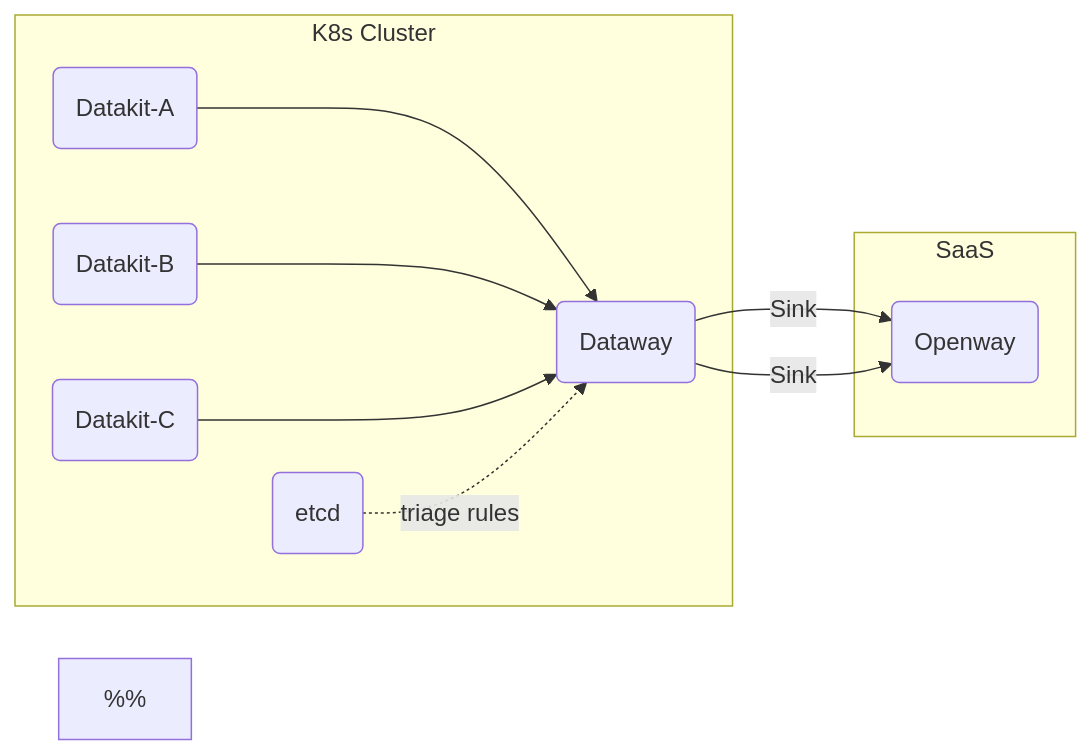
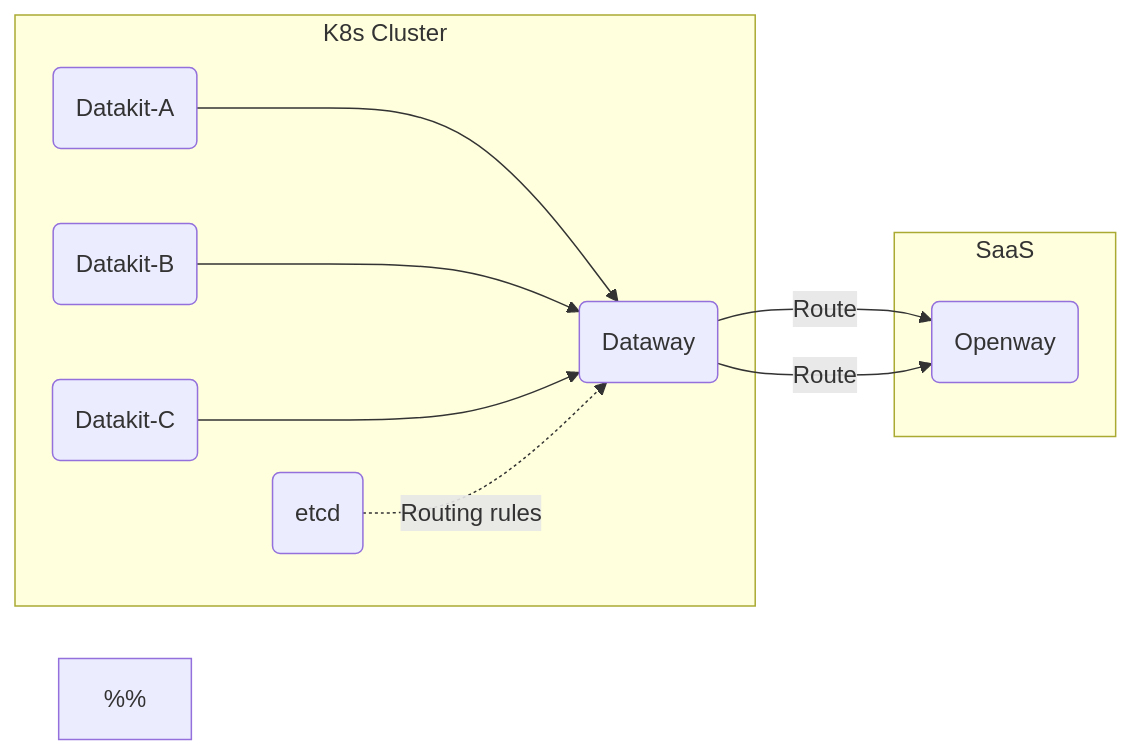
Before and after one commit to GuanceCloud/guance-docs: the second of 2 diagrams in docs/en/deployment/dataway-sink.md, drawn with Mermaid. The commit also changed other lines of this file and 11247 other files, not shown here.

````diff
--- a/docs/en/deployment/dataway-sink.md
+++ b/docs/en/deployment/dataway-sink.md
@@ -61,22 +65,22 @@
 ```mermaid
 flowchart LR;
 dk1(Datakit-A);
 dk2(Datakit-B);
 dk3(Datakit-C);
 sink_dw(Dataway);
 openway(Openway);
 etcd(etcd);
 %%
 
 subgraph "K8s Cluster"
 dk1 ---> sink_dw
 dk2 ---> sink_dw
 dk3 ---> sink_dw
-etcd-.-> | triage rules | sink_dw
+etcd-.-> |Routing rules|sink_dw
 end
 
 subgraph "SaaS"
-sink_dw --> |Sink|openway;
-sink_dw --> |Sink|openway;
+sink_dw --> |Route|openway;
+sink_dw --> |Route|openway;
 end
 ```
````
